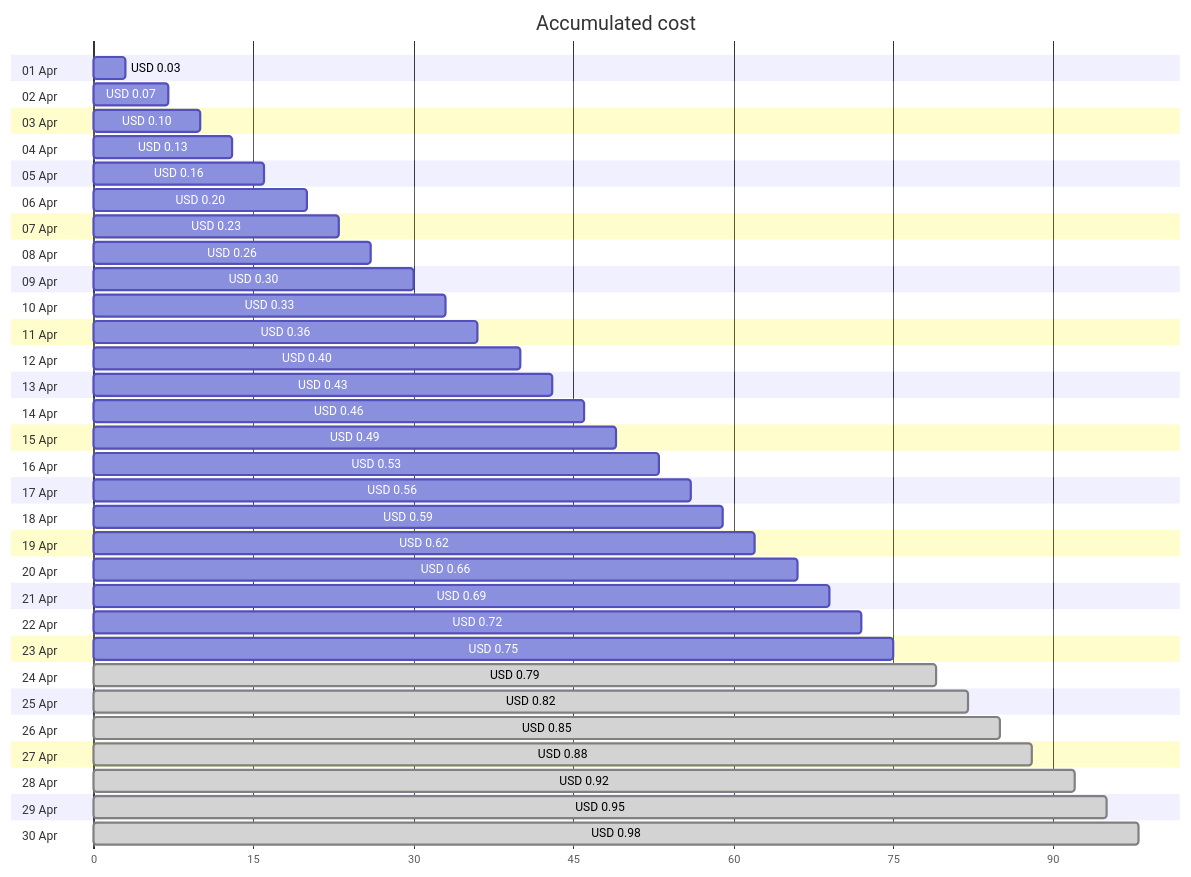
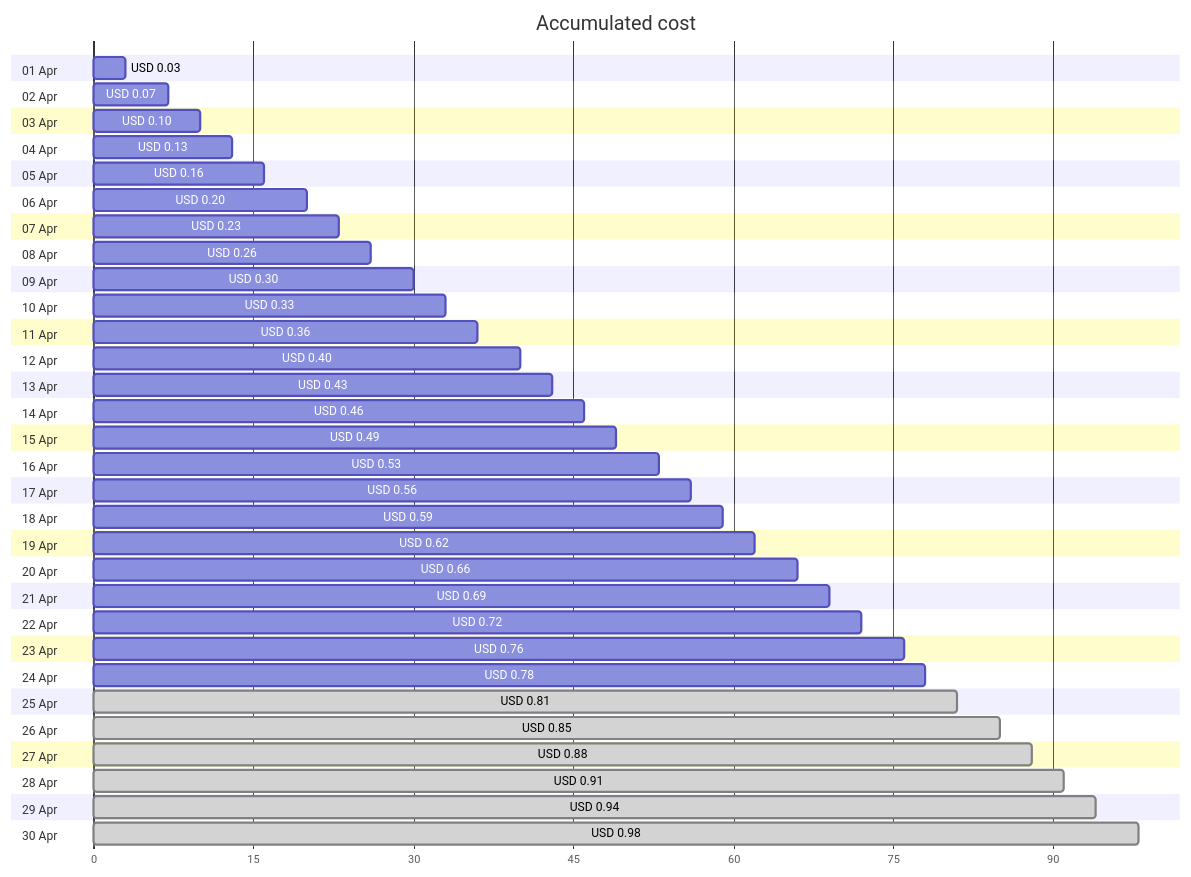
One commit to jpfulton/azure-personal-reports changed the first of 4 diagrams in cost-reports/personal-dns/README.md. Above: the diagram before and after it, drawn with Mermaid. The commit also changed other lines of this file and 2 other files, not shown here.

````diff
--- a/cost-reports/personal-dns/README.md
+++ b/cost-reports/personal-dns/README.md
@@ -20,66 +20,66 @@
 ```mermaid
 gantt
    title Accumulated cost
    dateFormat  X
    axisFormat %s
    section 01 Apr
    USD 0.03 :0, 3
    section 02 Apr
    USD 0.07 :0, 7
    section 03 Apr
    USD 0.10 :0, 10
    section 04 Apr
    USD 0.13 :0, 13
    section 05 Apr
    USD 0.16 :0, 16
    section 06 Apr
    USD 0.20 :0, 20
    section 07 Apr
    USD 0.23 :0, 23
    section 08 Apr
    USD 0.26 :0, 26
    section 09 Apr
    USD 0.30 :0, 30
    section 10 Apr
    USD 0.33 :0, 33
    section 11 Apr
    USD 0.36 :0, 36
    section 12 Apr
    USD 0.40 :0, 40
    section 13 Apr
    USD 0.43 :0, 43
    section 14 Apr
    USD 0.46 :0, 46
    section 15 Apr
    USD 0.49 :0, 49
    section 16 Apr
    USD 0.53 :0, 53
    section 17 Apr
    USD 0.56 :0, 56
    section 18 Apr
    USD 0.59 :0, 59
    section 19 Apr
    USD 0.62 :0, 62
    section 20 Apr
    USD 0.66 :0, 66
    section 21 Apr
    USD 0.69 :0, 69
    section 22 Apr
    USD 0.72 :0, 72
    section 23 Apr
-   USD 0.75 :0, 75
+   USD 0.76 :0, 76
    section 24 Apr
-   USD 0.79 : done, 0, 79
+   USD 0.78 :0, 78
    section 25 Apr
-   USD 0.82 : done, 0, 82
+   USD 0.81 : done, 0, 81
    section 26 Apr
    USD 0.85 : done, 0, 85
    section 27 Apr
    USD 0.88 : done, 0, 88
    section 28 Apr
-   USD 0.92 : done, 0, 92
+   USD 0.91 : done, 0, 91
    section 29 Apr
-   USD 0.95 : done, 0, 95
+   USD 0.94 : done, 0, 94
    section 30 Apr
    USD 0.98 : done, 0, 98
 ```
````
